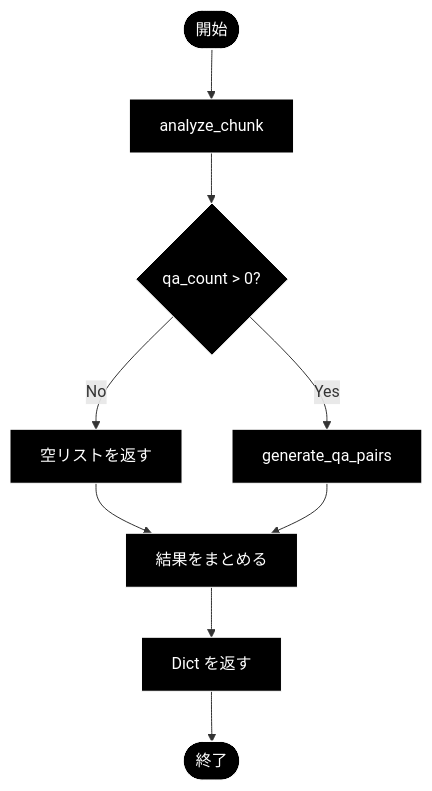
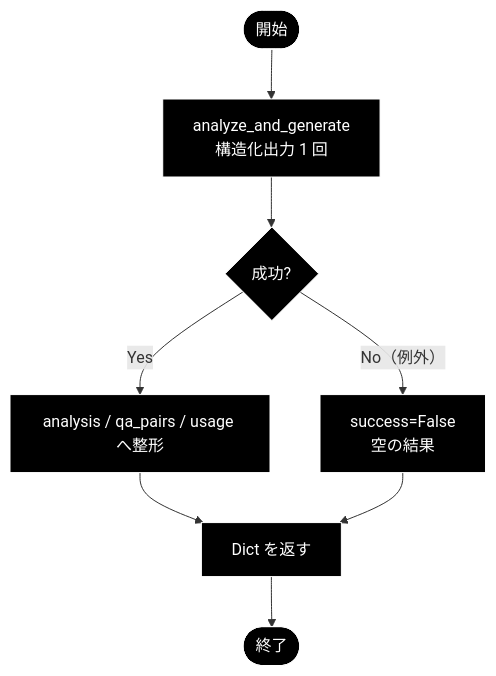
Before and after one commit to nakashima2toshio/grace_v2_local: the eighth of 8 diagrams in qa_qdrant/docs/make_qa_qapipeline.md, drawn with Mermaid. The commit also changed other lines of this file and 12 other files, not shown here.

````diff
--- a/qa_qdrant/docs/make_qa_qapipeline.md
+++ b/qa_qdrant/docs/make_qa_qapipeline.md
@@ -948,17 +929,15 @@
 ```mermaid
 flowchart TD
-    START([開始]) --> ANALYZE[analyze_chunk]
-    ANALYZE --> CHECK_COUNT{qa_count > 0?}
-    
-    CHECK_COUNT -->|No| SKIP[空リストを返す]
-    CHECK_COUNT -->|Yes| GENERATE[generate_qa_pairs]
-    
-    SKIP --> RESULT[結果をまとめる]
-    GENERATE --> RESULT
-    
-    RESULT --> RETURN[Dict を返す]
+    START([開始]) --> CALL["analyze_and_generate<br>構造化出力 1 回"]
+    CALL --> CHECK_OK{成功?}
+
+    CHECK_OK -->|No（例外）| FAIL["success=False<br>空の結果"]
+    CHECK_OK -->|Yes| SHAPE["analysis / qa_pairs / usage へ整形"]
+
+    SHAPE --> RETURN[Dict を返す]
+    FAIL --> RETURN
     RETURN --> END([終了])
 classDef default fill:#000,stroke:#fff,color:#fff
 classDef subgraphStyle fill:#1a1a1a,stroke:#fff,color:#fff
-class START,ANALYZE,CHECK_COUNT,SKIP,GENERATE,RESULT,RETURN,END default
+class START,CALL,CHECK_OK,FAIL,SHAPE,RETURN,END default
 ```
````
